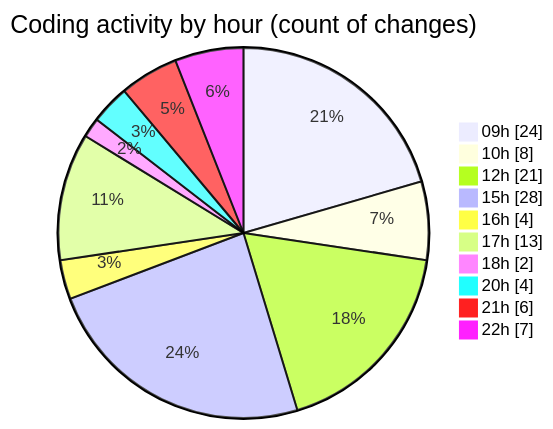
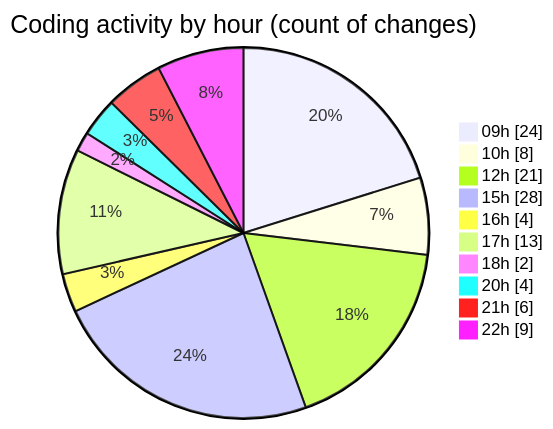
One commit to lephambinh05/code-tracking changed the second of 2 diagrams in 2025-08-18/rentotp/README.md. Above: the diagram before and after it, drawn with Mermaid. The commit also changed other lines of this file and 1 other file, not shown here.

````diff
--- a/2025-08-18/rentotp/README.md
+++ b/2025-08-18/rentotp/README.md
@@ -69,14 +71,14 @@
 ```mermaid
 pie showData
 title Coding activity by hour (count of changes)
 "09h" : 24
 "10h" : 8
 "12h" : 21
 "15h" : 28
 "16h" : 4
 "17h" : 13
 "18h" : 2
 "20h" : 4
 "21h" : 6
-"22h" : 7
+"22h" : 9
 ```
````
